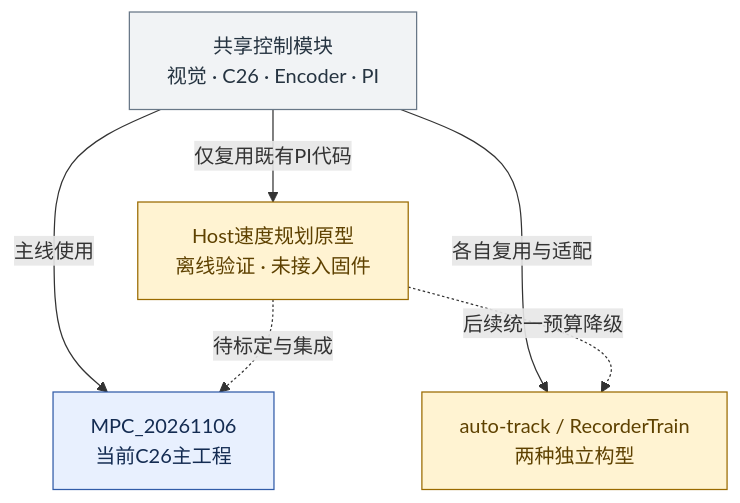
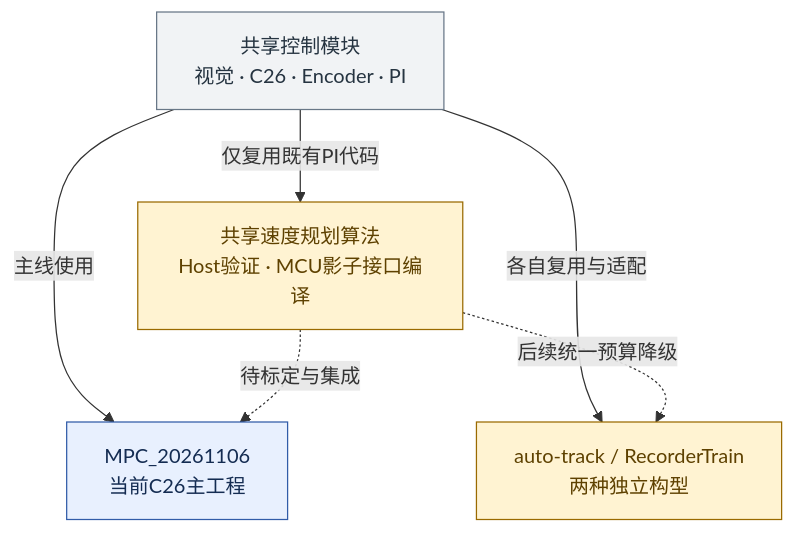
One commit to fatezerozs/smartcar changed the first of 2 diagrams in docs/PROJECT_INDEX.md. Above: the diagram before and after it, drawn with Mermaid. The commit also changed other lines of this file and 808 other files, not shown here.

````diff
--- a/docs/PROJECT_INDEX.md
+++ b/docs/PROJECT_INDEX.md
@@ -24,18 +32,18 @@
 ```mermaid
 flowchart TB
     CORE["共享控制模块<br/>视觉 · C26 · Encoder · PI"]
     MAIN["MPC_20261106<br/>当前C26主工程"]
     EXP["auto-track / RecorderTrain<br/>两种独立构型"]
-    HOST["Host速度规划原型<br/>离线验证 · 未接入固件"]
+    HOST["共享速度规划算法<br/>Host验证 · MCU影子接口编译"]
     CORE -->|主线使用| MAIN
     CORE -->|各自复用与适配| EXP
     CORE -->|仅复用既有PI代码| HOST
     HOST -.->|待标定与集成| MAIN
     HOST -.->|后续统一预算降级| EXP
     classDef main fill:#e8f0fe,stroke:#315ca8,color:#142c52
     classDef pending fill:#fff3d2,stroke:#9a6a00,color:#5e4100
     classDef shared fill:#f1f3f5,stroke:#687787,color:#263441
     class MAIN main
     class EXP,HOST pending
     class CORE shared
 ```
````
